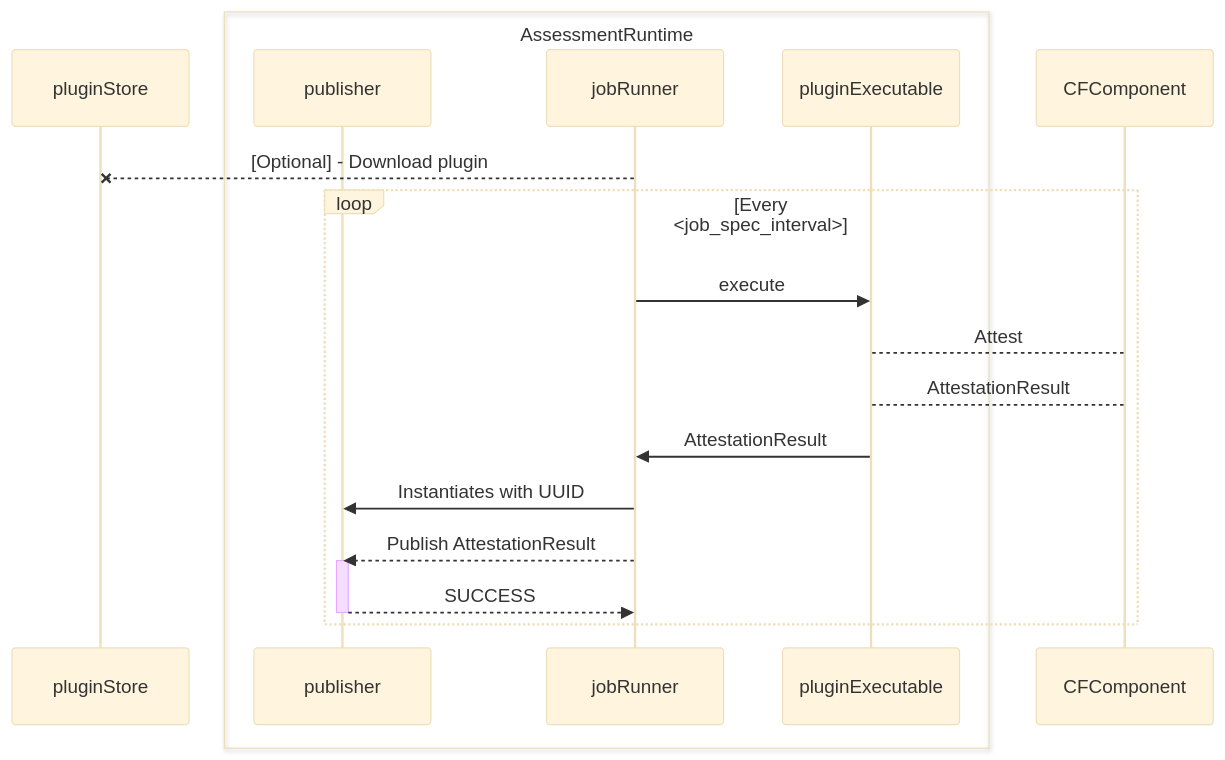
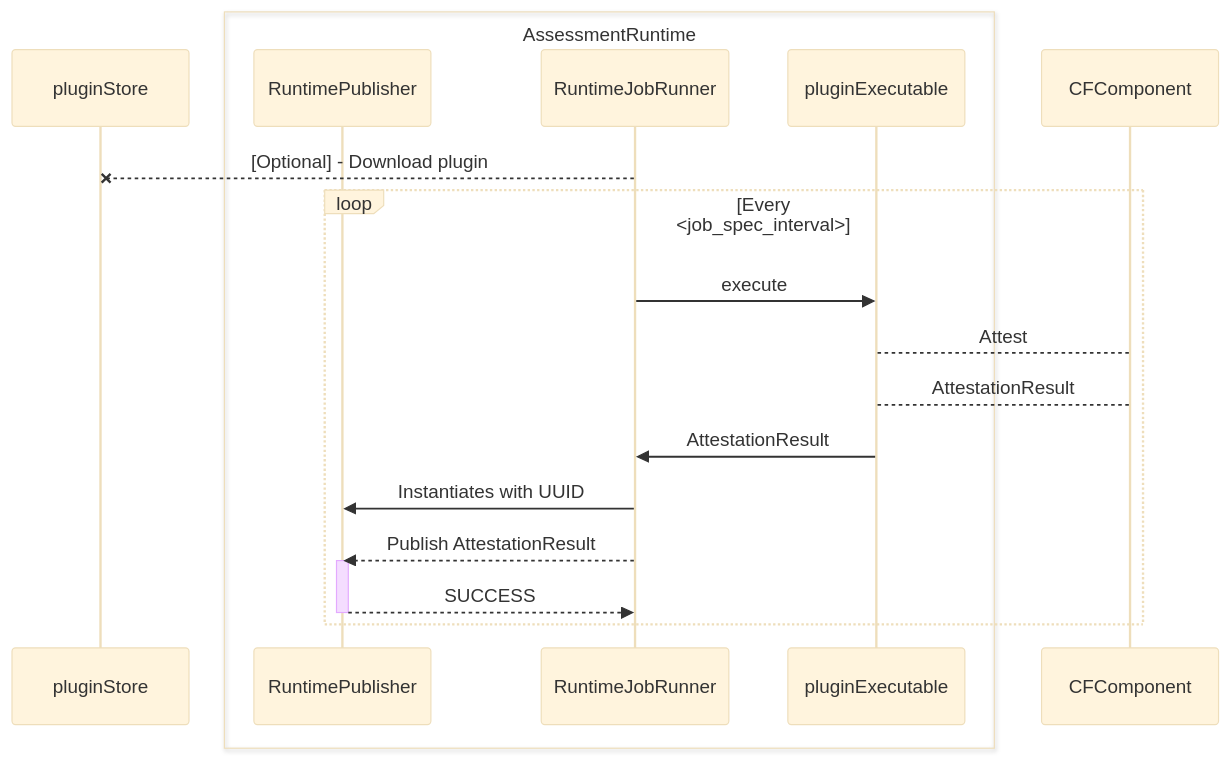
One commit to compliance-framework/website changed the fourth of 4 diagrams in sequence_diagrams/ASSESSMENT_RUNTIME_DIAGRAMS.md. Above: the diagram before and after it, drawn with Mermaid (base theme). The commit also changed other lines of this file and 1 other file, not shown here.

````diff
--- a/sequence_diagrams/ASSESSMENT_RUNTIME_DIAGRAMS.md
+++ b/sequence_diagrams/ASSESSMENT_RUNTIME_DIAGRAMS.md
@@ -70,22 +70,22 @@
 ```mermaid
 sequenceDiagram
 participant pluginStore
 box AssessmentRuntime
-    participant publisher
-    participant jobRunner
+    participant RuntimePublisher
+    participant RuntimeJobRunner
     participant pluginExecutable
 end
 participant CFComponent
-    jobRunner --x pluginStore: [Optional] - Download plugin
+    RuntimeJobRunner --x pluginStore: [Optional] - Download plugin
     loop Every <job_spec_interval>
-    jobRunner ->> pluginExecutable: execute
+    RuntimeJobRunner ->> pluginExecutable: execute
     pluginExecutable --> CFComponent: Attest
     CFComponent --> pluginExecutable: AttestationResult
-    pluginExecutable ->> jobRunner: AttestationResult
-    jobRunner ->> publisher: Instantiates with UUID
-    jobRunner -->> publisher: Publish AttestationResult
-    activate publisher
-    publisher -->> jobRunner: SUCCESS
-    deactivate publisher
+    pluginExecutable ->> RuntimeJobRunner: AttestationResult
+    RuntimeJobRunner ->> RuntimePublisher: Instantiates with UUID
+    RuntimeJobRunner -->> RuntimePublisher: Publish AttestationResult
+    activate RuntimePublisher
+    RuntimePublisher -->> RuntimeJobRunner: SUCCESS
+    deactivate RuntimePublisher
     end
 ```
````
